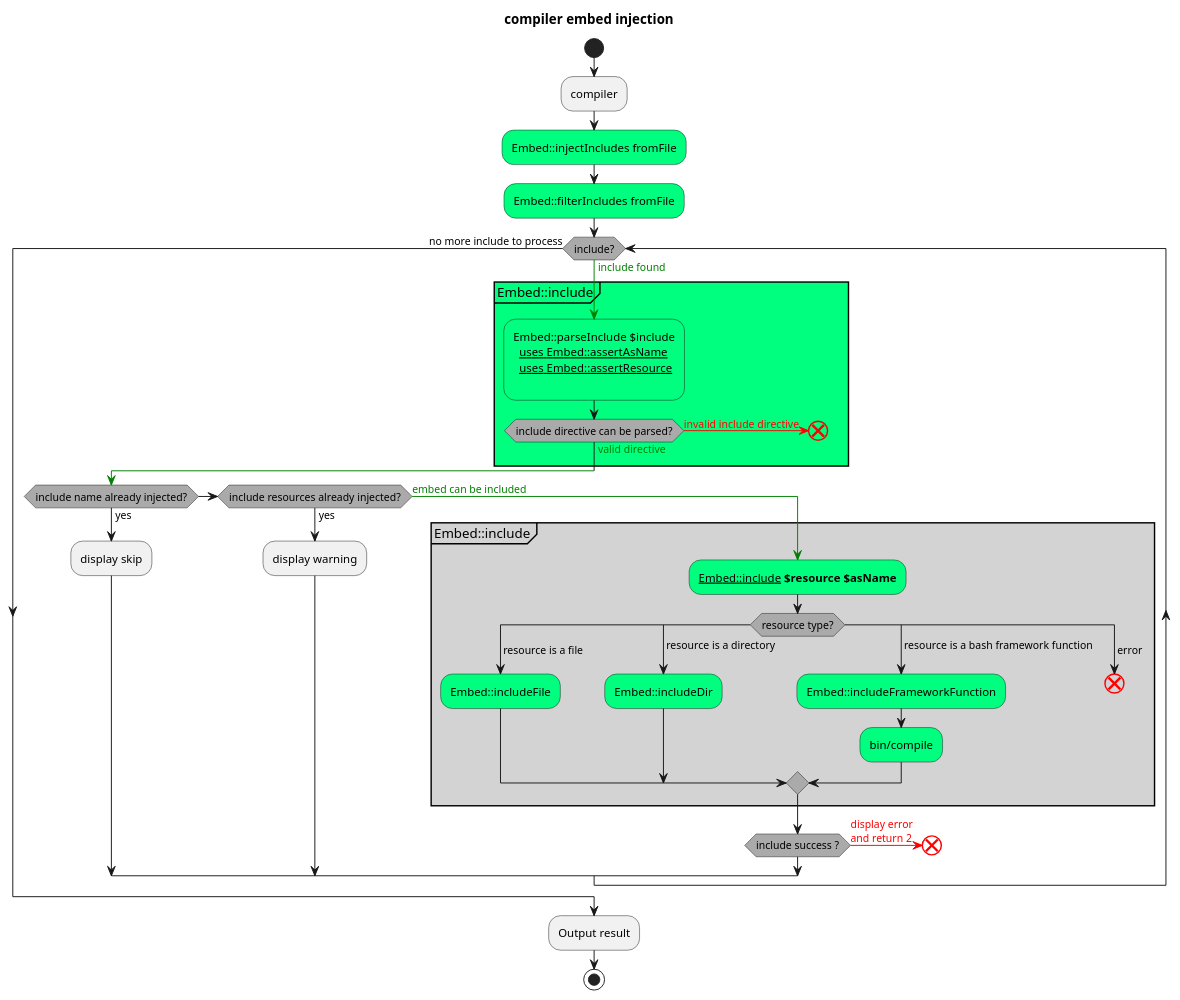
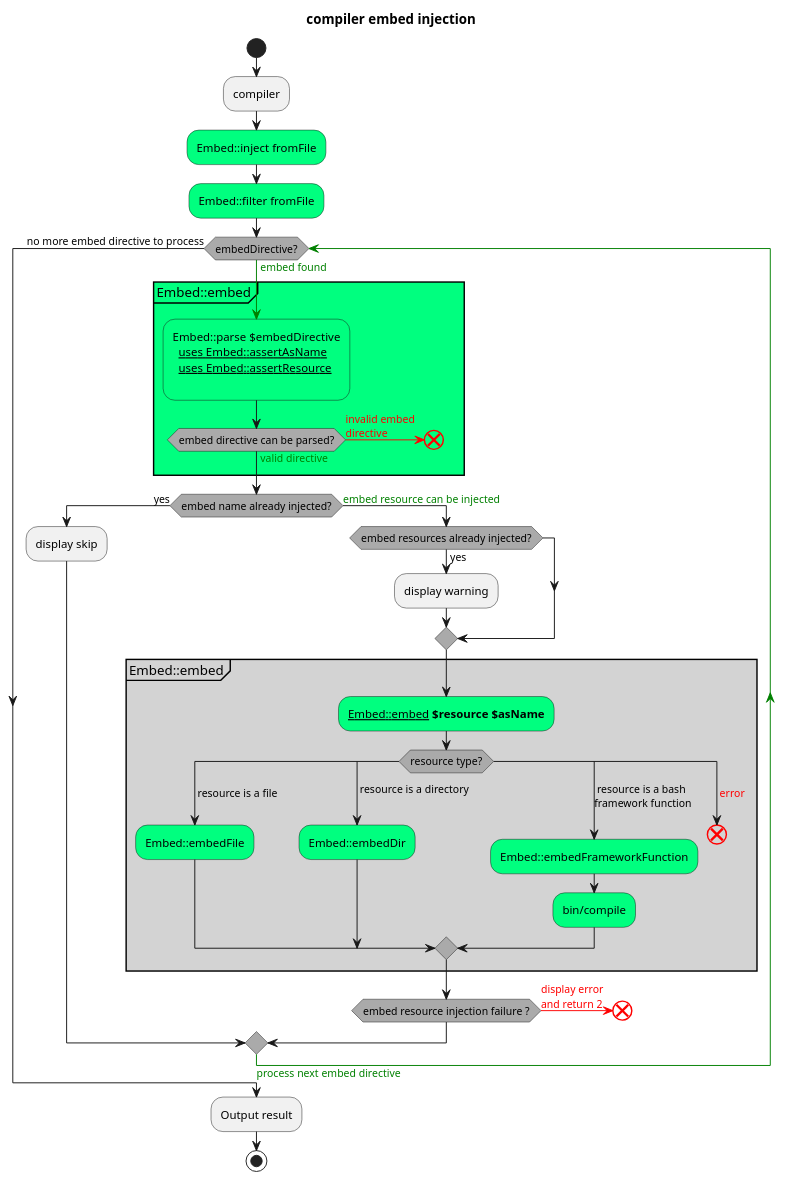
One commit to fchastanet/bash-tools-framework changed the diagram in src/Embed/activityDiagram.puml. Above: the diagram before and after it, drawn with PlantUML. The commit also changed 40 other files, not shown here.

Commit message:
renamed INCLUDE to EMBED

```diff
--- a/src/Embed/activityDiagram.puml
+++ b/src/Embed/activityDiagram.puml
@@ -1,66 +1,67 @@
 @startuml "compilerEmbedInjection"
 title compiler embed injection
 skinparam {
   ' https://github.com/plantuml/plantuml/blob/49115dfc7d4156961e5b49a81c09b474daa79823/src/net/sourceforge/plantuml/style/FromSkinparamToStyle.java#L145
   activityDiamondBackgroundColor #AAAAAA
   activityEndColor #red
 }
 start
 
 :compiler;
 
-#SpringGreen:Embed::injectIncludes fromFile;
+#SpringGreen:Embed::inject fromFile;
 
-#SpringGreen:Embed::filterIncludes fromFile;
-while (include?) is (<color:green>include found)
+#SpringGreen:Embed::filter fromFile;
+while (embedDirective?) is (<color:green>embed found)
   -[#green]->
-  partition Embed::include #SpringGreen {
-    #SpringGreen:Embed::parseInclude $include
+  partition Embed::embed #SpringGreen {
+    #SpringGreen:Embed::parse $embedDirective
       ~~uses Embed::assertAsName~~
       ~~uses Embed::assertResource~~
     ;
-    if (include directive can be parsed?) is (<color:green>valid directive) then
+    if (embed directive can be parsed?) is (<color:green>valid directive) then
       -[#green]->
-    else (<color:red>invalid include directive)
+    else (<color:red>invalid embed\n<color:red>directive)
       -[#red]->
       end
     endif
     -[#green]->
   }
 
-  if (include name already injected?) then (yes)
+  if (embed name already injected?) then (yes)
     :display skip;
-  elseif (include resources already injected?) then (yes)
-    :display warning;
-  else (<color:green>embed can be included)
-    -[#green]->
-    partition Embed::include #LightGray {
-      #SpringGreen:__Embed::include__ **$resource** **$asName**;
+  else (<color:green>embed resource can be injected)
+    if (embed resources already injected?) then (yes)
+      :display warning;
+    endif
+    partition Embed::embed #LightGray {
+      #SpringGreen:__Embed::embed__ **$resource** **$asName**;
       switch (resource type?)
       case ( resource is a file )
-        #SpringGreen:Embed::includeFile;
+        #SpringGreen:Embed::embedFile;
       case ( resource is a directory )
-        #SpringGreen:Embed::includeDir;
-      case ( resource is a bash framework function )
-        #SpringGreen:Embed::includeFrameworkFunction;
+        #SpringGreen:Embed::embedDir;
+      case ( resource is a bash\nframework function )
+        #SpringGreen:Embed::embedFrameworkFunction;
         #SpringGreen:bin/compile;
-      case ( error )
+      case ( <color:red>error )
         -[#red]->
         end
       endswitch
     }
-    if (include success ?) then
-      -[#green]->
-    else
+    if (embed resource injection failure ?) then
       -[#red]-> <color:red>display error\n<color:red>and return 2;
       end
+    else
+      -[#green]->
     endif
-    -[#green]->
+
   endif
+  -[#green]-> <color:green>process next embed directive;
 
-endwhile (no more include to process)
+endwhile (no more embed directive to process)
 
 :Output result;
 
 stop
 @enduml
```
